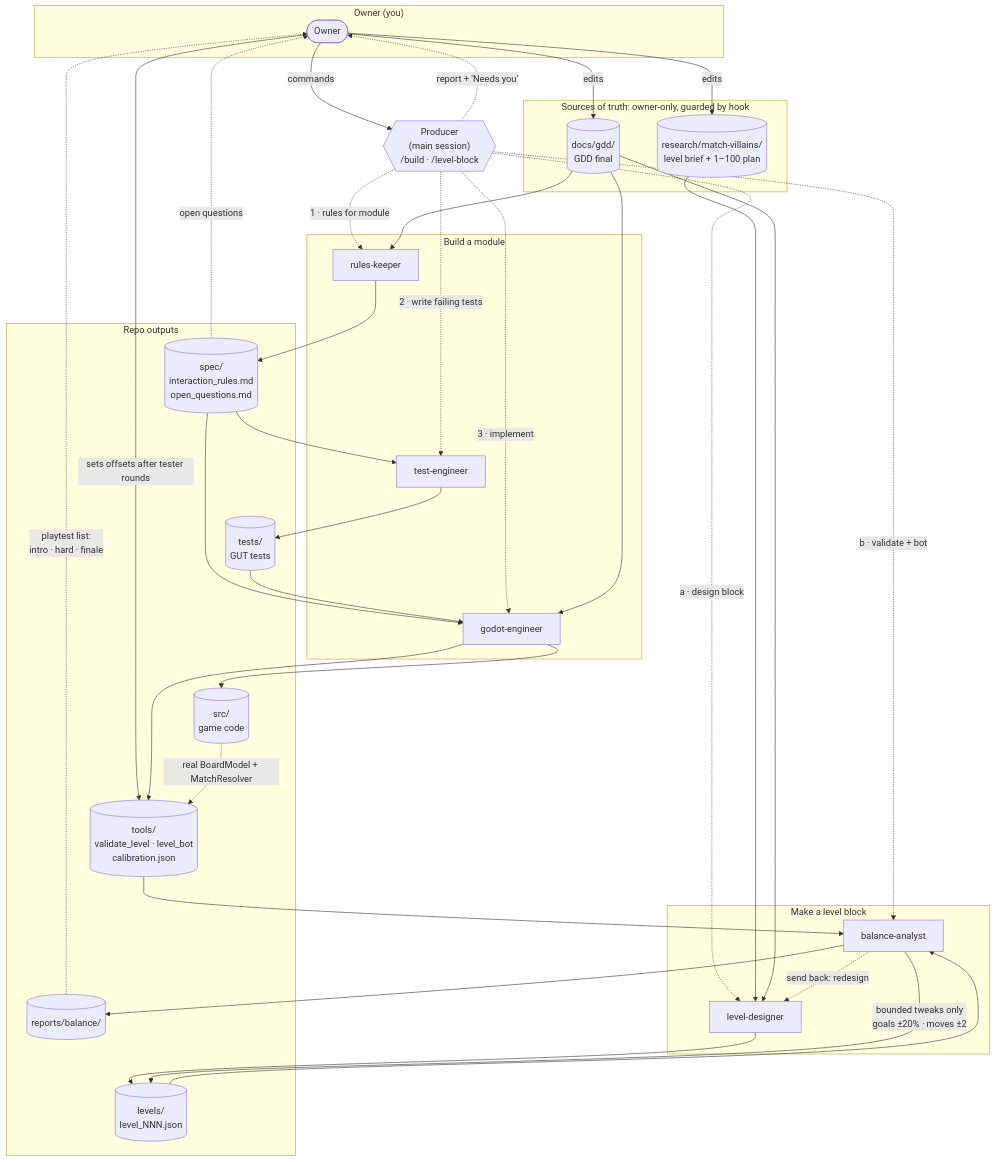
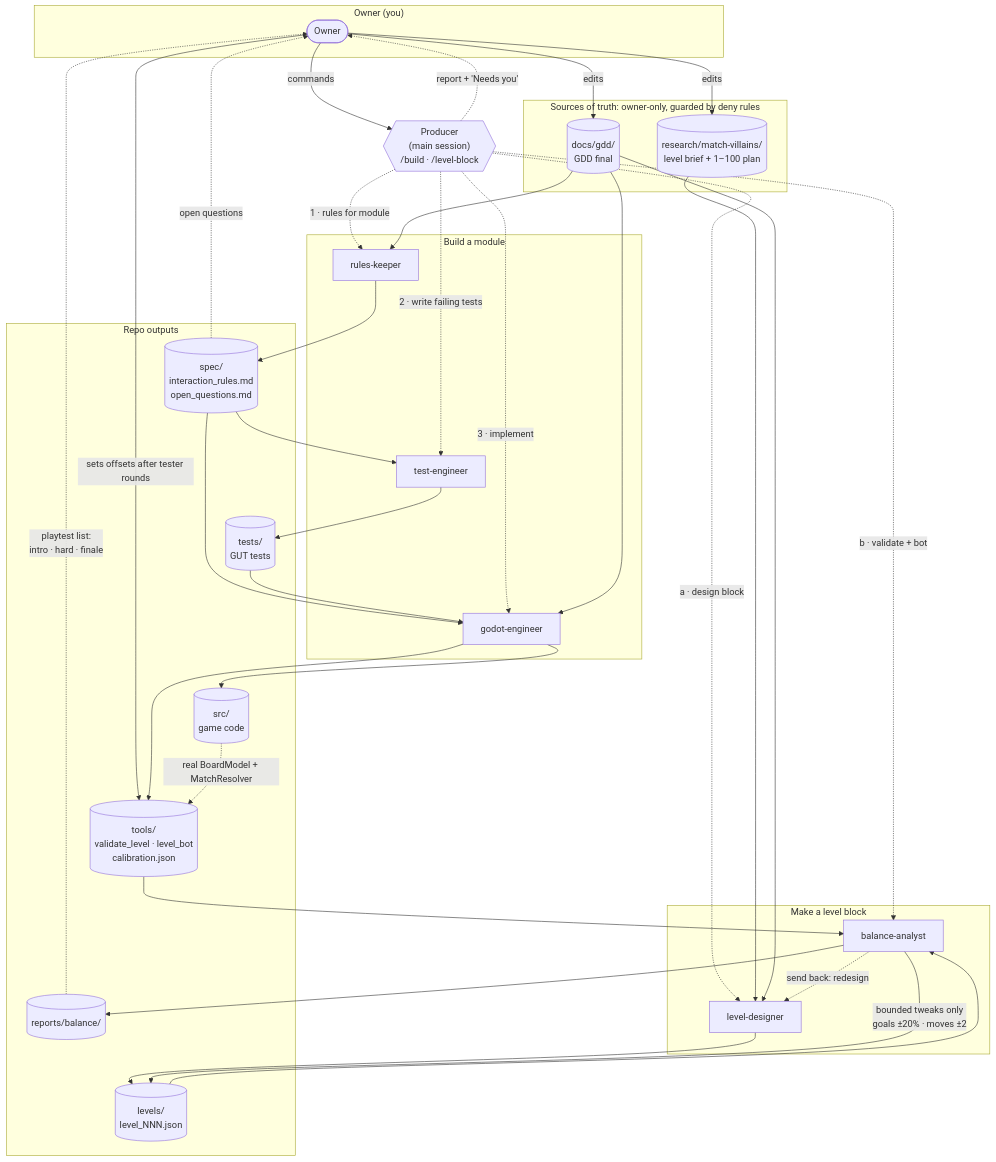
The first of 3 diagrams in CREW.md (ResplendentApotheosis/ELVTR-Project-Mythic), drawn with Mermaid before and after one commit. The commit also changed other lines of this file and 3 other files, not shown here.

First line of the commit message:
Replace Node guard hook with built-in deny rules

````diff
--- a/CREW.md
+++ b/CREW.md
@@ -9,69 +9,69 @@
 ```mermaid
 flowchart TB
     subgraph OWNER["Owner (you)"]
         O(["Owner"])
     end
 
-    subgraph SOURCES["Sources of truth: owner-only, guarded by hook"]
+    subgraph SOURCES["Sources of truth: owner-only, guarded by deny rules"]
         GDD[("docs/gdd/<br/>GDD final")]
         RES[("research/match-villains/<br/>level brief + 1–100 plan")]
     end
 
     P{{"Producer<br/>(main session)<br/>/build · /level-block"}}
 
     subgraph CODE["Build a module"]
         RK["rules-keeper"]
         TE["test-engineer"]
         GE["godot-engineer"]
     end
 
     subgraph LEVELS["Make a level block"]
         LD["level-designer"]
         BA["balance-analyst"]
     end
 
     subgraph REPO["Repo outputs"]
         SPEC[("spec/<br/>interaction_rules.md<br/>open_questions.md")]
         TESTS[("tests/<br/>GUT tests")]
         SRC[("src/<br/>game code")]
         TOOLS[("tools/<br/>validate_level · level_bot<br/>calibration.json")]
         LVL[("levels/<br/>level_NNN.json")]
         REP[("reports/balance/")]
     end
 
     O -- "commands" --> P
     P -. "report + 'Needs you'" .-> O
     O -- "edits" --> GDD
     O -- "edits" --> RES
     O -- "sets offsets after tester rounds" --> TOOLS
 
     P -. "1 · rules for module" .-> RK
     P -. "2 · write failing tests" .-> TE
     P -. "3 · implement" .-> GE
     P -. "a · design block" .-> LD
     P -. "b · validate + bot" .-> BA
 
     GDD --> RK
     RK --> SPEC
     SPEC -. "open questions" .-> O
 
     SPEC --> TE
     TE --> TESTS
     SPEC --> GE
     TESTS --> GE
     GDD --> GE
     GE --> SRC
     GE --> TOOLS
 
     RES --> LD
     GDD --> LD
     LD --> LVL
 
     LVL --> BA
     TOOLS --> BA
     SRC -. "real BoardModel + MatchResolver" .-> TOOLS
     BA -- "bounded tweaks only<br/>goals ±20% · moves ±2" --> LVL
     BA --> REP
     BA -. "send back: redesign" .-> LD
     REP -. "playtest list:<br/>intro · hard · finale" .-> O
 ```
````
